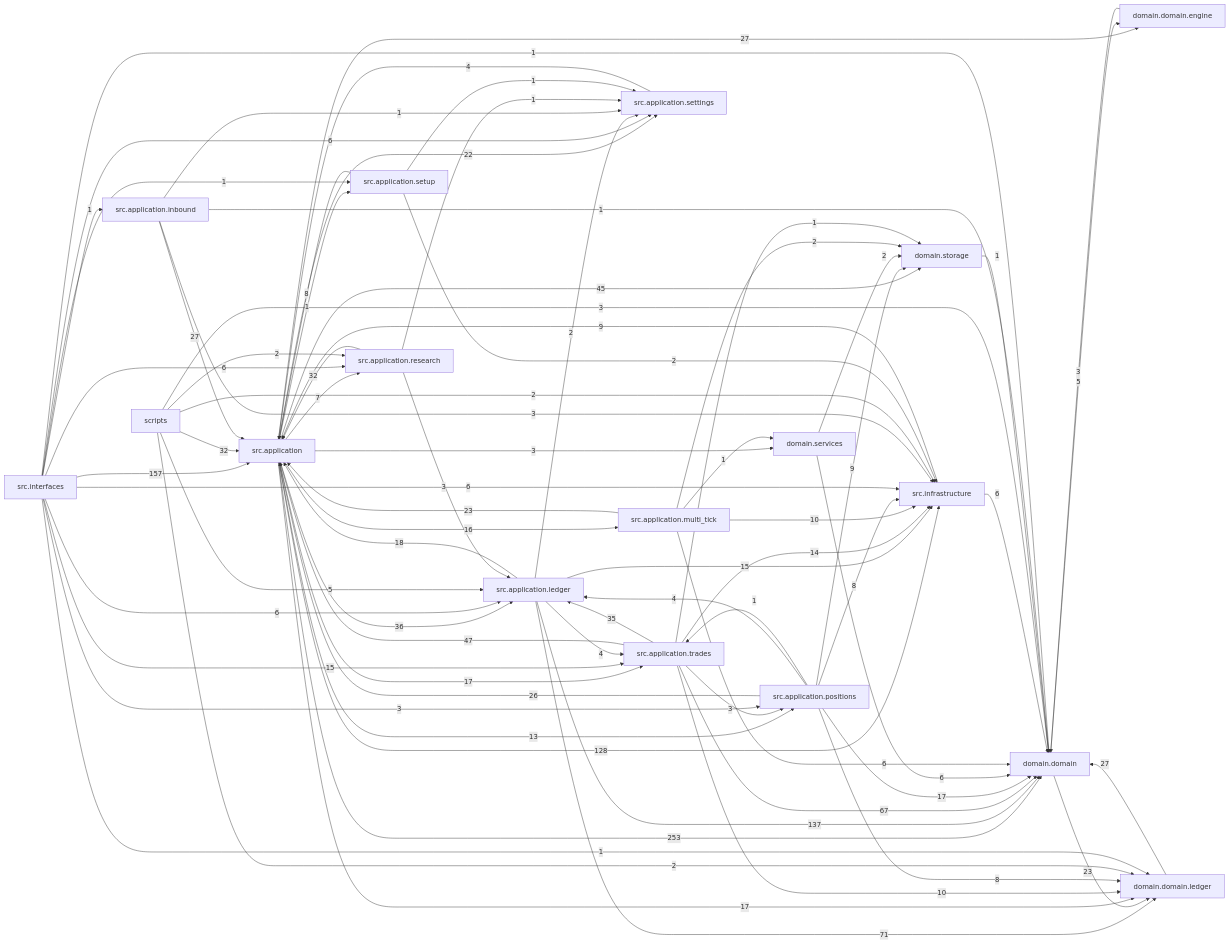
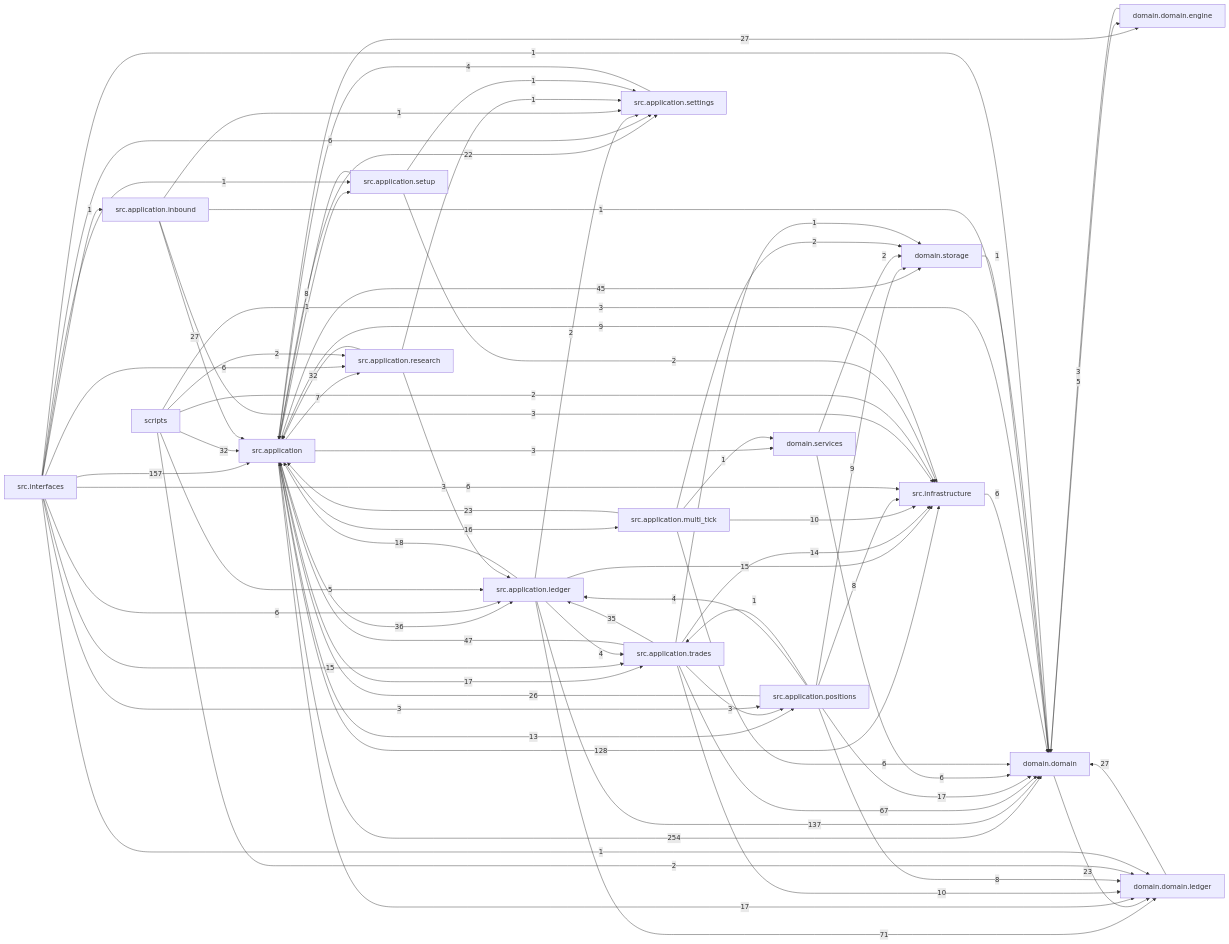
One commit to liuxie066/options-monitor changed the diagram in docs/dependency_graph.mmd. Above: the diagram before and after it, drawn with Mermaid. The commit also changed 10 other files, not shown here.

```diff
--- a/docs/dependency_graph.mmd
+++ b/docs/dependency_graph.mmd
@@ -1,76 +1,76 @@
 flowchart LR
-  src_application["src.application"] -->|253| domain_domain["domain.domain"]
+  src_application["src.application"] -->|254| domain_domain["domain.domain"]
   src_interfaces["src.interfaces"] -->|157| src_application["src.application"]
   src_application_ledger["src.application.ledger"] -->|137| domain_domain["domain.domain"]
   src_application["src.application"] -->|128| src_infrastructure["src.infrastructure"]
   src_application_ledger["src.application.ledger"] -->|71| domain_domain_ledger["domain.domain.ledger"]
   src_application_trades["src.application.trades"] -->|67| domain_domain["domain.domain"]
   src_application_trades["src.application.trades"] -->|47| src_application["src.application"]
   src_application["src.application"] -->|45| domain_storage["domain.storage"]
   src_application["src.application"] -->|36| src_application_ledger["src.application.ledger"]
   src_application_trades["src.application.trades"] -->|35| src_application_ledger["src.application.ledger"]
   scripts["scripts"] -->|32| src_application["src.application"]
   src_application_research["src.application.research"] -->|32| src_application["src.application"]
   domain_domain_ledger["domain.domain.ledger"] -->|27| domain_domain["domain.domain"]
   src_application["src.application"] -->|27| domain_domain_engine["domain.domain.engine"]
   src_application_inbound["src.application.inbound"] -->|27| src_application["src.application"]
   src_application_positions["src.application.positions"] -->|26| src_application["src.application"]
   domain_domain["domain.domain"] -->|23| domain_domain_ledger["domain.domain.ledger"]
   src_application_multi_tick["src.application.multi_tick"] -->|23| src_application["src.application"]
   src_application["src.application"] -->|22| src_application_settings["src.application.settings"]
   src_application_ledger["src.application.ledger"] -->|18| src_application["src.application"]
   src_application["src.application"] -->|17| domain_domain_ledger["domain.domain.ledger"]
   src_application["src.application"] -->|17| src_application_trades["src.application.trades"]
   src_application_positions["src.application.positions"] -->|17| domain_domain["domain.domain"]
   src_application["src.application"] -->|16| src_application_multi_tick["src.application.multi_tick"]
   src_application_ledger["src.application.ledger"] -->|15| src_infrastructure["src.infrastructure"]
   src_interfaces["src.interfaces"] -->|15| src_application_trades["src.application.trades"]
   src_application_trades["src.application.trades"] -->|14| src_infrastructure["src.infrastructure"]
   src_application["src.application"] -->|13| src_application_positions["src.application.positions"]
   src_application_multi_tick["src.application.multi_tick"] -->|10| src_infrastructure["src.infrastructure"]
   src_application_trades["src.application.trades"] -->|10| domain_domain_ledger["domain.domain.ledger"]
   src_application_positions["src.application.positions"] -->|9| domain_storage["domain.storage"]
   src_infrastructure["src.infrastructure"] -->|9| src_application["src.application"]
   src_application_positions["src.application.positions"] -->|8| domain_domain_ledger["domain.domain.ledger"]
   src_application_positions["src.application.positions"] -->|8| src_infrastructure["src.infrastructure"]
   src_application_setup["src.application.setup"] -->|8| src_application["src.application"]
   src_application["src.application"] -->|7| src_application_research["src.application.research"]
   domain_services["domain.services"] -->|6| domain_domain["domain.domain"]
   src_application_multi_tick["src.application.multi_tick"] -->|6| domain_domain["domain.domain"]
   src_infrastructure["src.infrastructure"] -->|6| domain_domain["domain.domain"]
   src_interfaces["src.interfaces"] -->|6| src_application_ledger["src.application.ledger"]
   src_interfaces["src.interfaces"] -->|6| src_application_research["src.application.research"]
   src_interfaces["src.interfaces"] -->|6| src_application_settings["src.application.settings"]
   src_interfaces["src.interfaces"] -->|6| src_infrastructure["src.infrastructure"]
   domain_domain["domain.domain"] -->|5| domain_domain_engine["domain.domain.engine"]
   scripts["scripts"] -->|5| src_application_ledger["src.application.ledger"]
   src_application_ledger["src.application.ledger"] -->|4| src_application_trades["src.application.trades"]
   src_application_positions["src.application.positions"] -->|4| src_application_ledger["src.application.ledger"]
   src_application_settings["src.application.settings"] -->|4| src_application["src.application"]
   domain_domain_engine["domain.domain.engine"] -->|3| domain_domain["domain.domain"]
   scripts["scripts"] -->|3| domain_domain["domain.domain"]
   src_application["src.application"] -->|3| domain_services["domain.services"]
   src_application_inbound["src.application.inbound"] -->|3| src_infrastructure["src.infrastructure"]
   src_application_research["src.application.research"] -->|3| src_application_ledger["src.application.ledger"]
   src_application_trades["src.application.trades"] -->|3| src_application_positions["src.application.positions"]
   src_interfaces["src.interfaces"] -->|3| src_application_positions["src.application.positions"]
   domain_services["domain.services"] -->|2| domain_storage["domain.storage"]
   scripts["scripts"] -->|2| domain_domain_ledger["domain.domain.ledger"]
   scripts["scripts"] -->|2| src_application_research["src.application.research"]
   scripts["scripts"] -->|2| src_infrastructure["src.infrastructure"]
   src_application_ledger["src.application.ledger"] -->|2| src_application_settings["src.application.settings"]
   src_application_multi_tick["src.application.multi_tick"] -->|2| domain_storage["domain.storage"]
   src_application_setup["src.application.setup"] -->|2| src_infrastructure["src.infrastructure"]
   domain_storage["domain.storage"] -->|1| domain_domain["domain.domain"]
   src_application["src.application"] -->|1| src_application_setup["src.application.setup"]
   src_application_inbound["src.application.inbound"] -->|1| domain_domain["domain.domain"]
   src_application_inbound["src.application.inbound"] -->|1| src_application_settings["src.application.settings"]
   src_application_multi_tick["src.application.multi_tick"] -->|1| domain_services["domain.services"]
   src_application_positions["src.application.positions"] -->|1| src_application_trades["src.application.trades"]
   src_application_research["src.application.research"] -->|1| src_application_settings["src.application.settings"]
   src_application_setup["src.application.setup"] -->|1| src_application_settings["src.application.settings"]
   src_application_trades["src.application.trades"] -->|1| domain_storage["domain.storage"]
   src_interfaces["src.interfaces"] -->|1| domain_domain["domain.domain"]
   src_interfaces["src.interfaces"] -->|1| domain_domain_ledger["domain.domain.ledger"]
   src_interfaces["src.interfaces"] -->|1| src_application_inbound["src.application.inbound"]
   src_interfaces["src.interfaces"] -->|1| src_application_setup["src.application.setup"]
```
